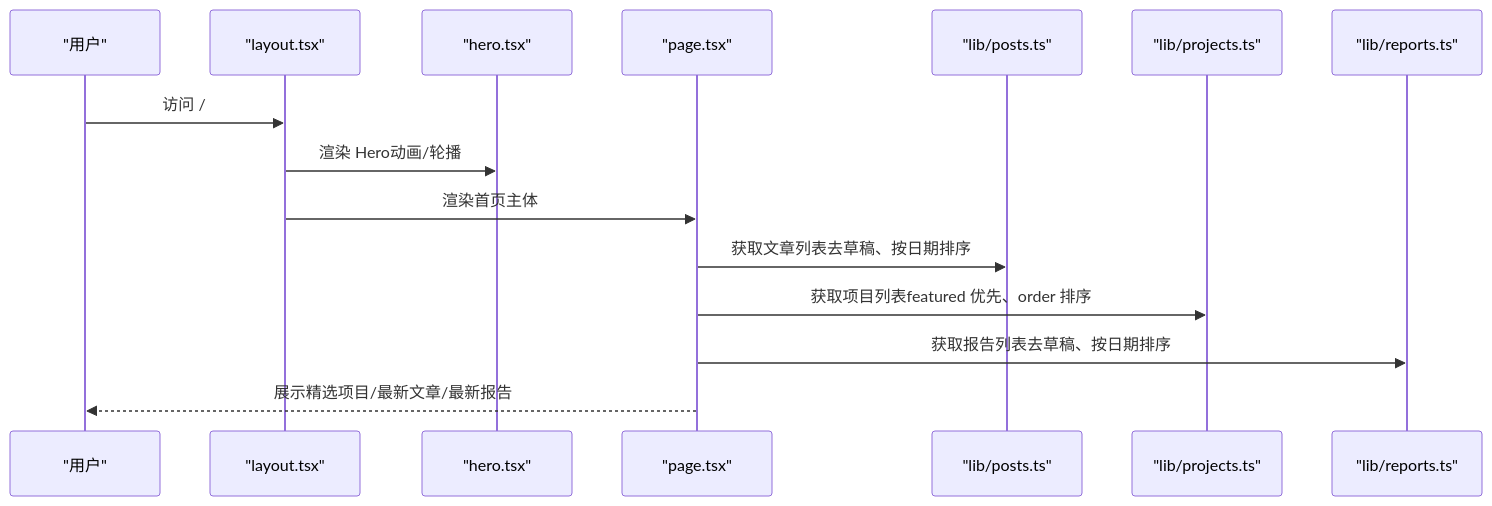
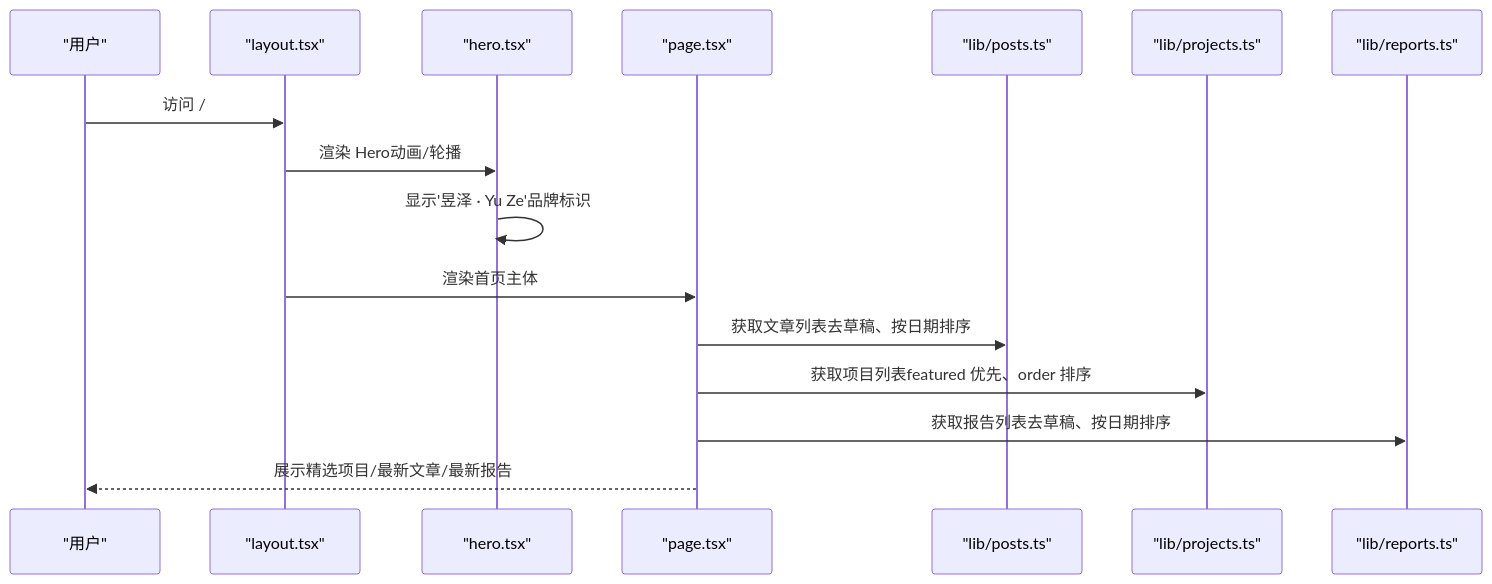
One commit to houpanpan-hpp/houpanpan-hpp.github.io changed the third of 6 diagrams in .qoder/repowiki/zh/content/项目概述/项目介绍.md. Above: the diagram before and after it, drawn with Mermaid. The commit also changed other lines of this file and 3 other files, not shown here.

````diff
--- a/.qoder/repowiki/zh/content/项目概述/项目介绍.md
+++ b/.qoder/repowiki/zh/content/项目概述/项目介绍.md
@@ -184,17 +215,18 @@
 ```mermaid
 sequenceDiagram
 participant U as "用户"
 participant L as "layout.tsx"
 participant H as "hero.tsx"
 participant P as "page.tsx"
 participant PS as "lib/posts.ts"
 participant PJ as "lib/projects.ts"
 participant R as "lib/reports.ts"
 U->>L : 访问 /
 L->>H : 渲染 Hero动画/轮播
+H->>H : 显示'昱泽 · Yu Ze'品牌标识
 L->>P : 渲染首页主体
 P->>PS : 获取文章列表去草稿、按日期排序
 P->>PJ : 获取项目列表featured 优先、order 排序
 P->>R : 获取报告列表去草稿、按日期排序
 P-->>U : 展示精选项目/最新文章/最新报告
 ```
````
